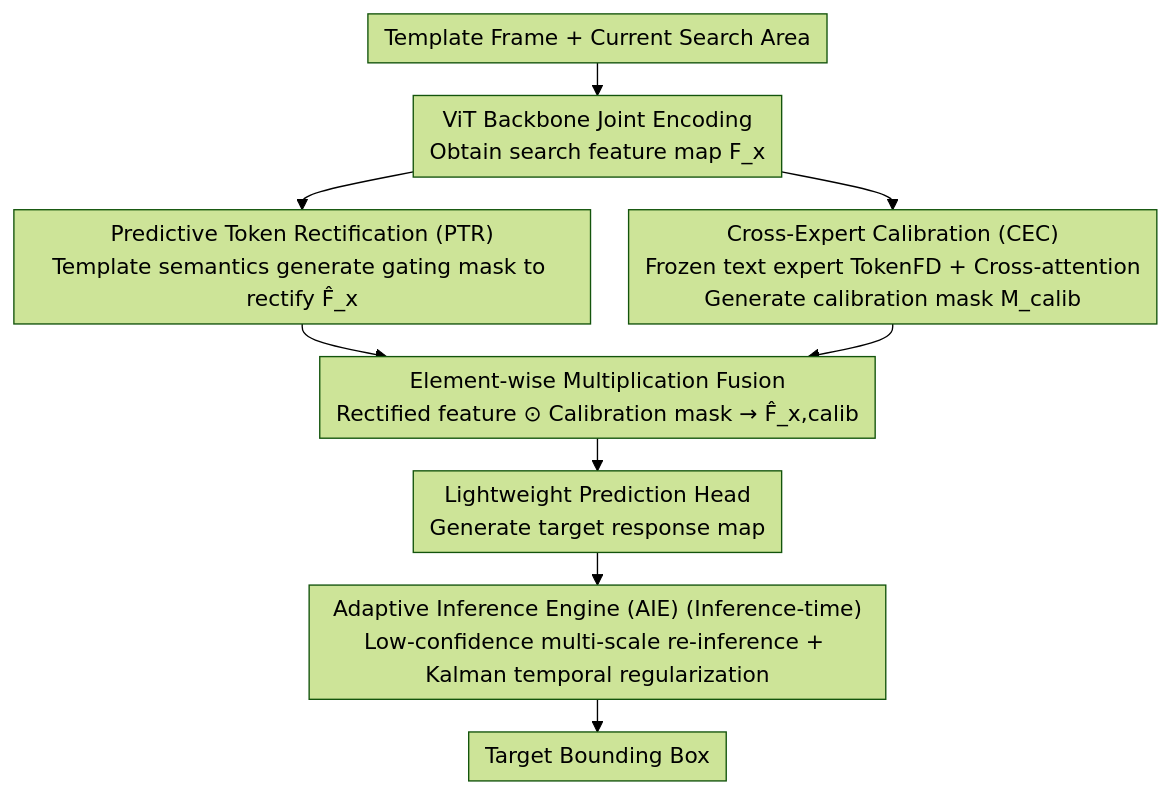
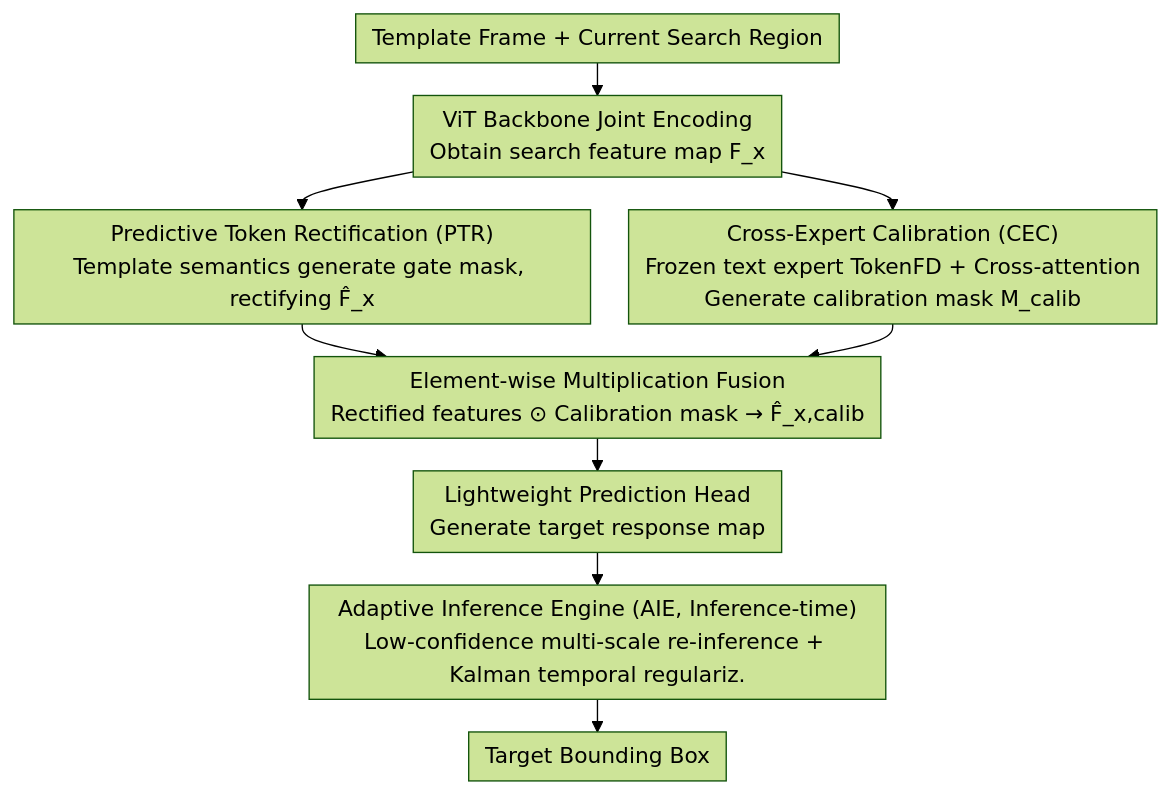
The diagram in docs/ICML2026/segmentation/beyond_detection_a_structure-aware_framework_for_scene_text_tracking.md (zhaoyang97/Paper-Notes-en), drawn with Mermaid (forest theme) before and after one commit. The commit also changed other lines of this file and 5084 other files, not shown here.

````diff
--- a/docs/ICML2026/segmentation/beyond_detection_a_structure-aware_framework_for_scene_text_tracking.md
+++ b/docs/ICML2026/segmentation/beyond_detection_a_structure-aware_framework_for_scene_text_tracking.md
@@ -40,12 +40,12 @@
 ```mermaid
 %%{init: {'flowchart': {'rankSpacing': 24, 'nodeSpacing': 28, 'padding': 6, 'wrappingWidth': 400}}}%%
 flowchart TD
-    A["Template Frame + Current Search Area"] --> B["ViT Backbone Joint Encoding<br/>Obtain search feature map F_x"]
-    B --> C["Predictive Token Rectification (PTR)<br/>Template semantics generate gating mask to rectify F̂_x"]
+    A["Template Frame + Current Search Region"] --> B["ViT Backbone Joint Encoding<br/>Obtain search feature map F_x"]
+    B --> C["Predictive Token Rectification (PTR)<br/>Template semantics generate gate mask, rectifying F̂_x"]
     B --> D["Cross-Expert Calibration (CEC)<br/>Frozen text expert TokenFD + Cross-attention<br/>Generate calibration mask M_calib"]
-    C --> E["Element-wise Multiplication Fusion<br/>Rectified feature ⊙ Calibration mask → F̂_x,calib"]
+    C --> E["Element-wise Multiplication Fusion<br/>Rectified features ⊙ Calibration mask → F̂_x,calib"]
     D --> E
     E --> F["Lightweight Prediction Head<br/>Generate target response map"]
-    F --> G["Adaptive Inference Engine (AIE) (Inference-time)<br/>Low-confidence multi-scale re-inference + Kalman temporal regularization"]
+    F --> G["Adaptive Inference Engine (AIE, Inference-time)<br/>Low-confidence multi-scale re-inference + Kalman temporal regulariz."]
     G --> H["Target Bounding Box"]
 ```
````
